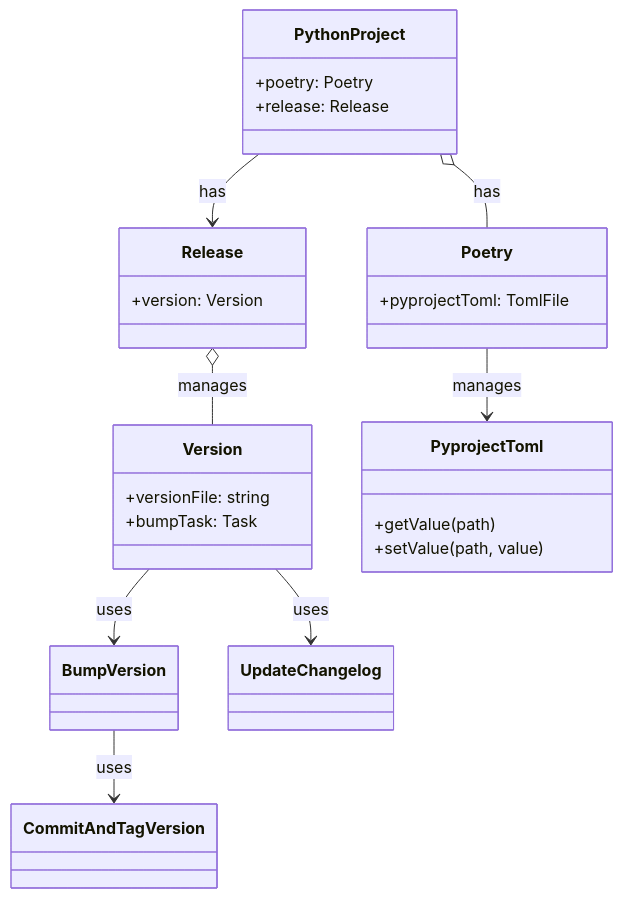
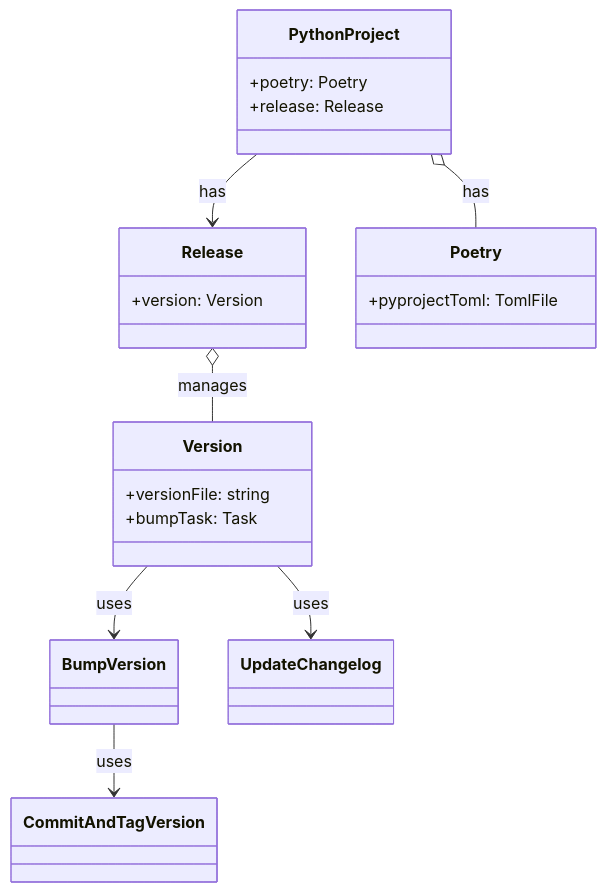
The second of 2 diagrams in rfcs/poetry-release-automation.md (projen/projen), drawn with Mermaid before and after one commit. The commit also changed other lines of this file, not shown here.

Commit message:
feat(rfcs): simplify Poetry release automation RFC

````diff
--- a/rfcs/poetry-release-automation.md
+++ b/rfcs/poetry-release-automation.md
@@ -137,36 +103,29 @@
 ```mermaid
 classDiagram
     PythonProject --> Release : has
     PythonProject o-- Poetry : has
 
     Release o-- Version : manages
 
     Version --> BumpVersion : uses
     BumpVersion --> CommitAndTagVersion : uses
     Version --> UpdateChangelog : uses
-
-    Poetry --> PyprojectToml : manages
 
     class PythonProject {
         +poetry: Poetry
         +release: Release
     }
 
     class Release {
         +version: Version
     }
 
     class Version {
         +versionFile: string
         +bumpTask: Task
     }
 
     class Poetry {
         +pyprojectToml: TomlFile
     }
-
-    class PyprojectToml {
-        +getValue(path)
-        +setValue(path, value)
-    }
 ```
````
